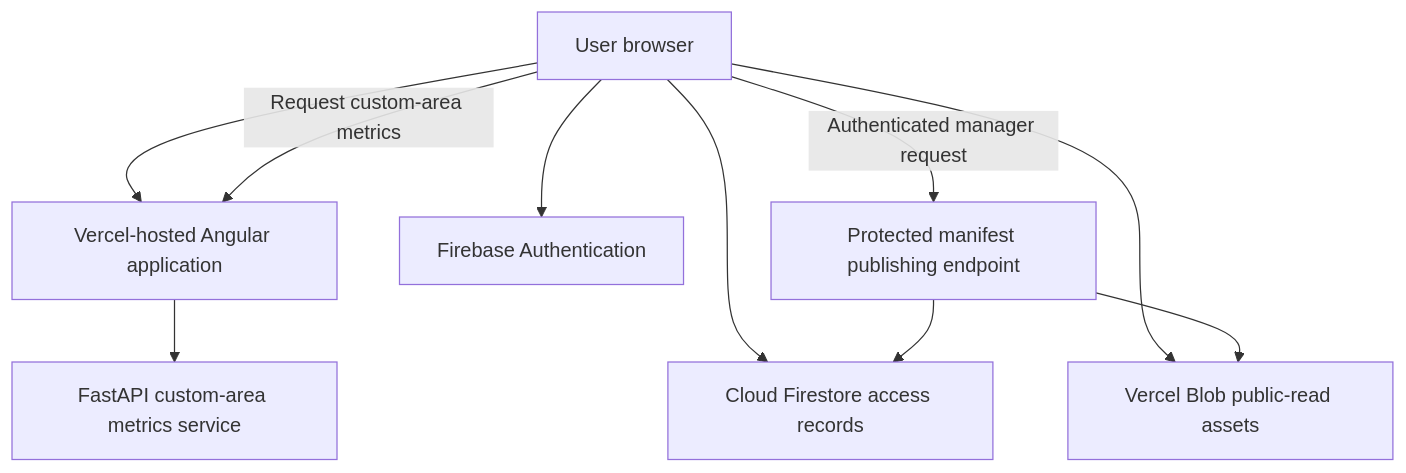
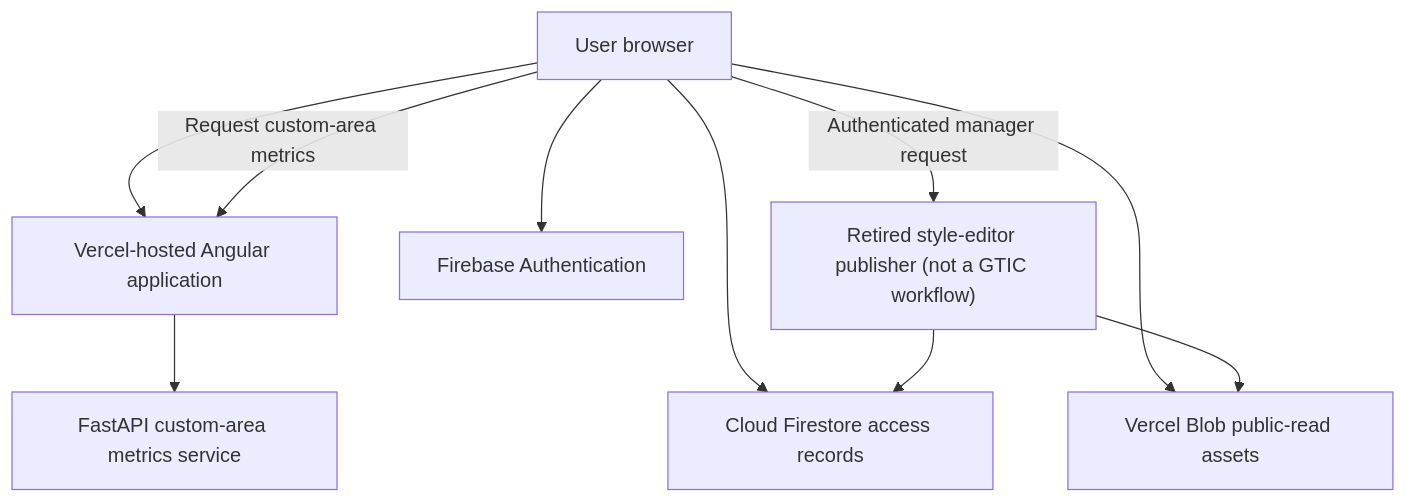
The diagram in docs/handoffs/parques-it/english/cybersecurity.md (DISES-CI-UCSB/decision-making-tool), drawn with Mermaid before and after one commit. The commit also changed other lines of this file and 26 other files, not shown here.

````diff
--- a/docs/handoffs/parques-it/english/cybersecurity.md
+++ b/docs/handoffs/parques-it/english/cybersecurity.md
@@ -22,20 +22,20 @@
 ```mermaid
 flowchart TB
     User["User browser"]
     Vercel["Vercel-hosted Angular application"]
     Firebase["Firebase Authentication"]
     Firestore["Cloud Firestore access records"]
     Blob["Vercel Blob public-read assets"]
     Metrics["FastAPI custom-area metrics service"]
-    Publish["Protected manifest publishing endpoint"]
+    Publish["Retired style-editor publisher (not a GTIC workflow)"]
 
     User --> Vercel
     User --> Firebase
     User --> Firestore
     User --> Blob
     User -->|"Request custom-area metrics"| Vercel
     Vercel --> Metrics
     User -->|"Authenticated manager request"| Publish
     Publish --> Firestore
     Publish --> Blob
 ```
````
